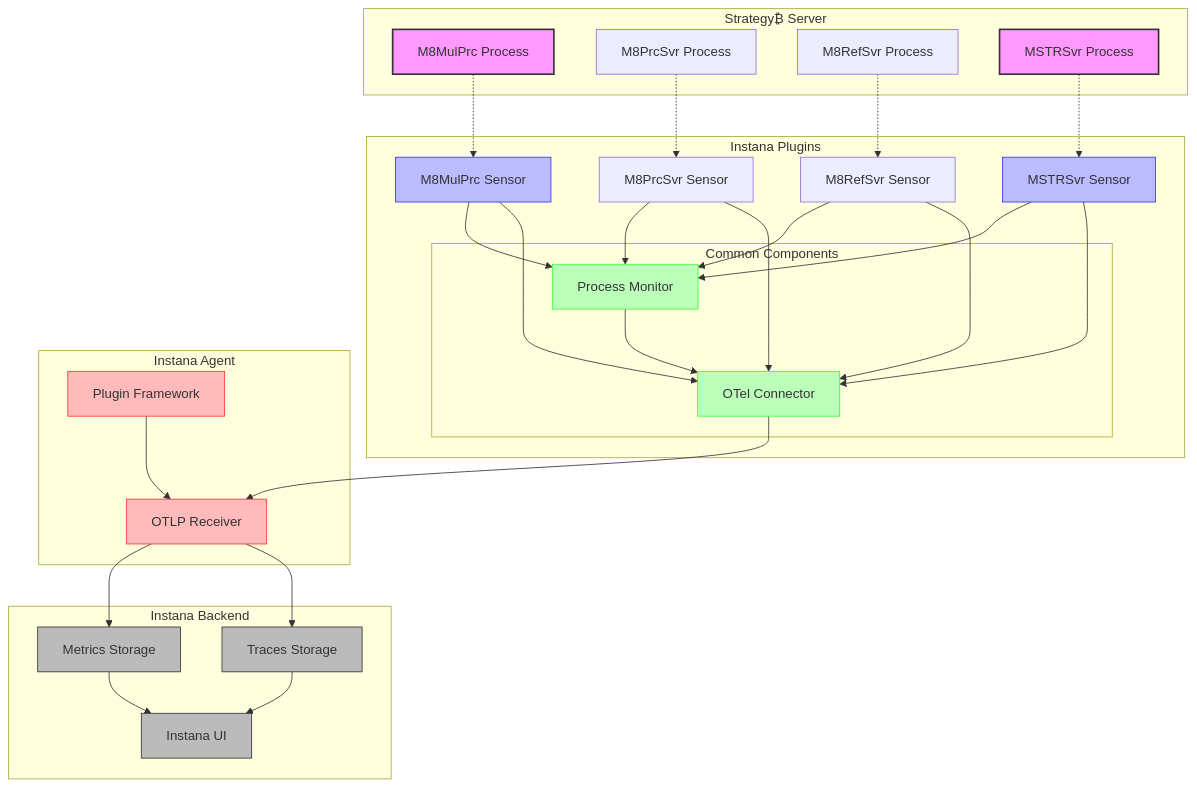
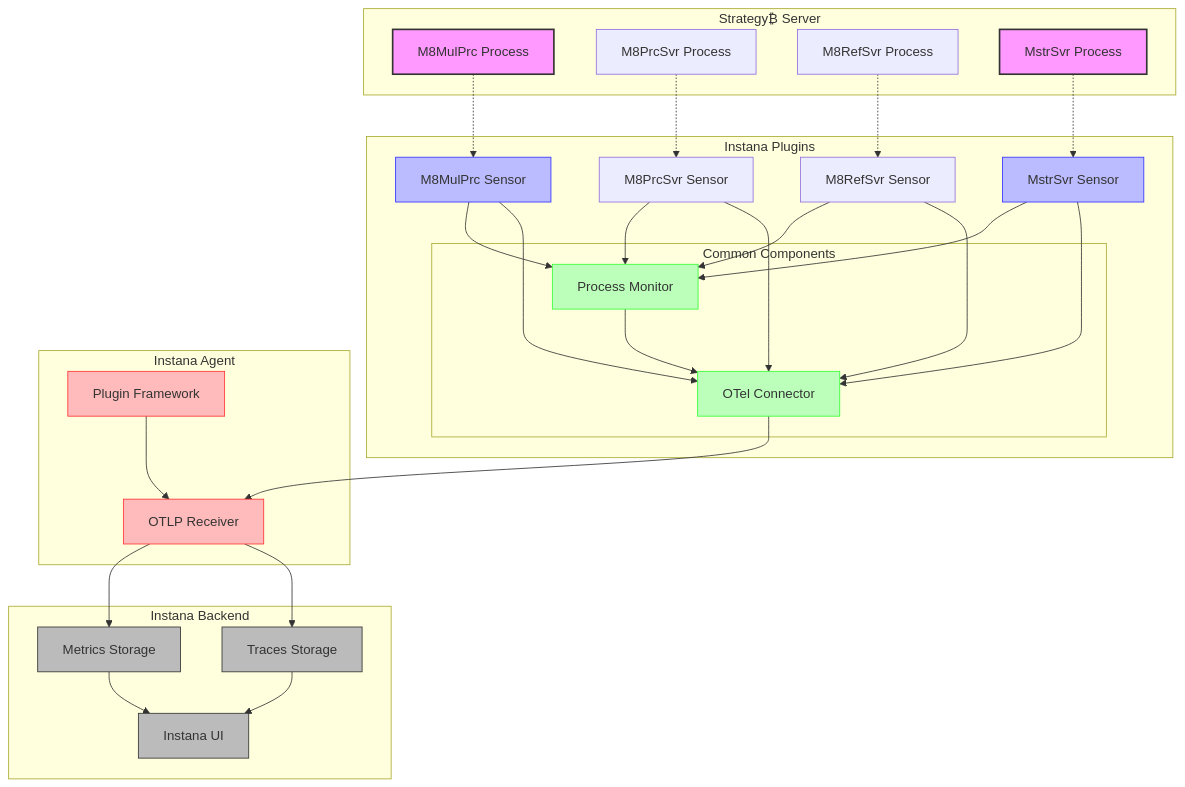
The diagram in README.md (laplaque/instana_plugins), drawn with Mermaid before and after one commit. The commit also changed other lines of this file and 29 other files, not shown here.

````diff
--- a/README.md
+++ b/README.md
@@ -43,66 +46,66 @@
 ```mermaid
 graph TD
     subgraph "Strategy₿ Server"
         M8["M8MulPrc Process"] 
         M8P["M8PrcSvr Process"]
         M8R["M8RefSvr Process"]
-        MS["MSTRSvr Process"]
+        MS["MstrSvr Process"]
     end
     
     subgraph "Instana Plugins"
         M8S["M8MulPrc Sensor"]
         M8PS["M8PrcSvr Sensor"]
         M8RS["M8RefSvr Sensor"]
-        MSS["MSTRSvr Sensor"]
+        MSS["MstrSvr Sensor"]
         
         subgraph "Common Components"
             PM["Process Monitor"]
             OTEL["OTel Connector"]
         end
         
         M8S --> PM
         M8PS --> PM
         M8RS --> PM
         MSS --> PM
         M8S --> OTEL
         M8PS --> OTEL
         M8RS --> OTEL
         MSS --> OTEL
     end
     
     subgraph "Instana Agent"
         OTLP["OTLP Receiver"]
         PLUGIN["Plugin Framework"]
     end
     
     M8 -.-> M8S
     M8P -.-> M8PS
     M8R -.-> M8RS
     MS -.-> MSS
     PM --> OTEL
     OTEL --> OTLP
     PLUGIN --> OTLP
     
     subgraph "Instana Backend"
         METRICS["Metrics Storage"]
         TRACES["Traces Storage"]
         UI["Instana UI"]
     end
     
     OTLP --> METRICS
     OTLP --> TRACES
     METRICS --> UI
     TRACES --> UI
     
     classDef process fill:#f9f,stroke:#333,stroke-width:2px;
     classDef component fill:#bbf,stroke:#33f,stroke-width:1px;
     classDef common fill:#bfb,stroke:#3f3,stroke-width:1px;
     classDef agent fill:#fbb,stroke:#f33,stroke-width:1px;
     classDef backend fill:#bbb,stroke:#333,stroke-width:1px;
     
     class M8,MS process;
     class M8S,MSS component;
     class PM,OTEL common;
     class OTLP,PLUGIN agent;
     class METRICS,TRACES,UI backend;
 ```
````
